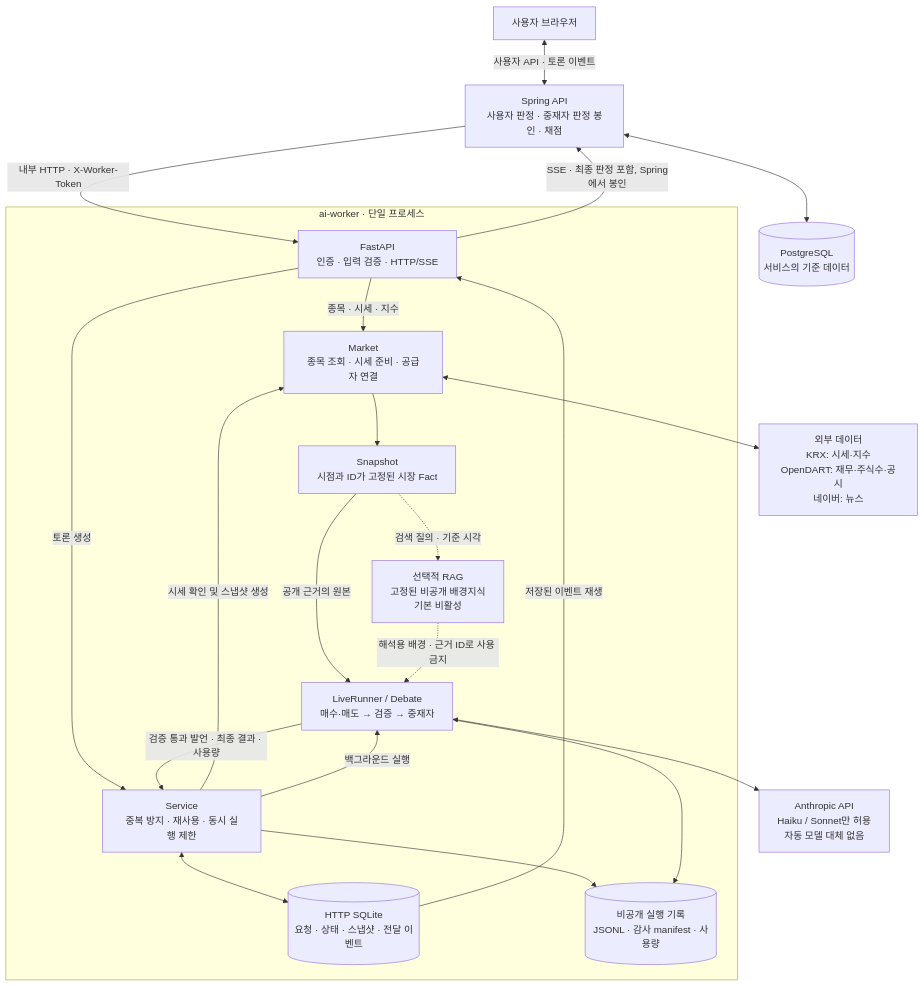
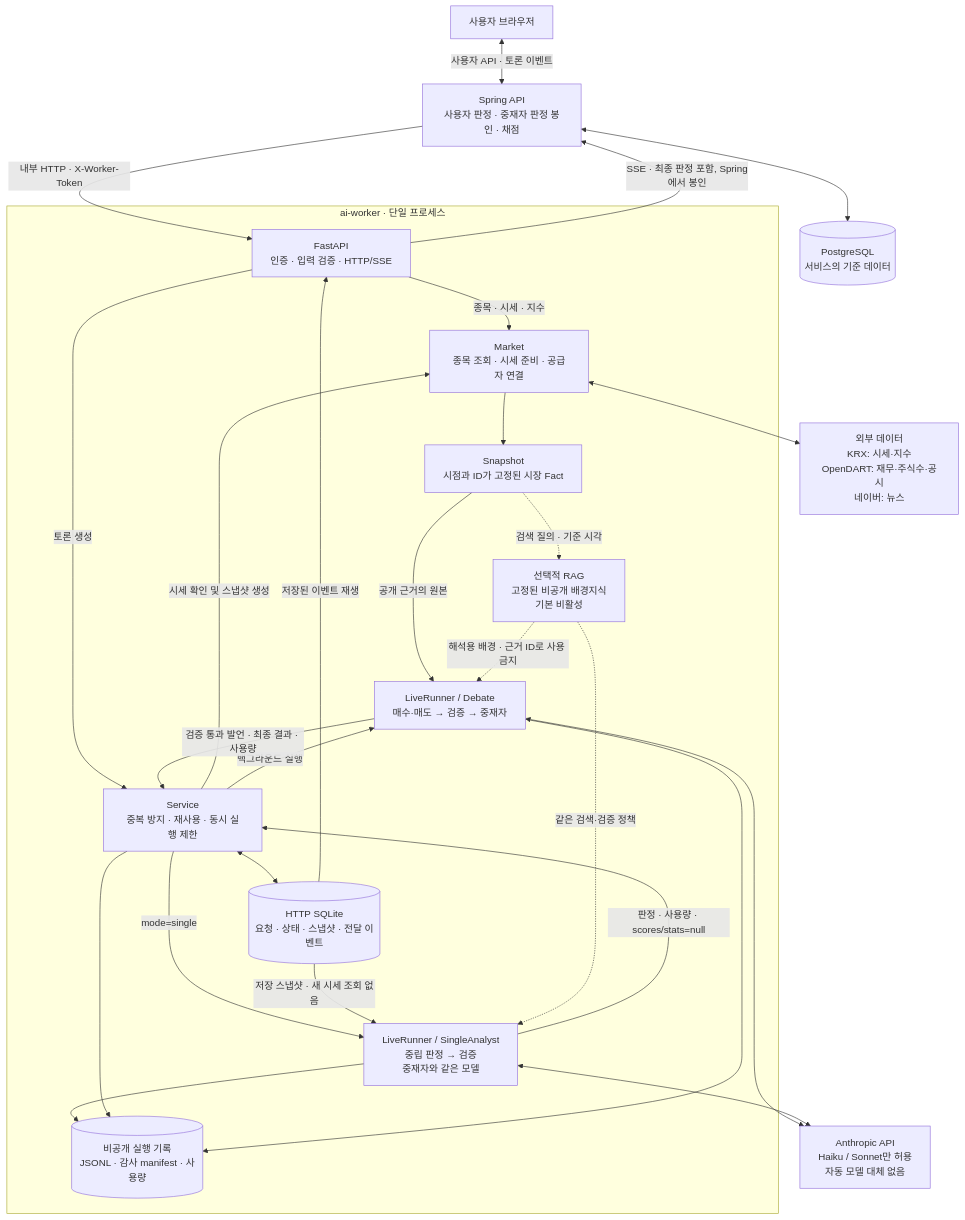
Before and after one commit to ricky00-dev/bull-and-bear: the first of 3 diagrams in ai-worker/README.md, drawn with Mermaid. The commit also changed other lines of this file and 14 other files, not shown here.

````diff
--- a/ai-worker/README.md
+++ b/ai-worker/README.md
@@ -132,35 +153,42 @@
 ```mermaid
 flowchart TB
     Browser["사용자 브라우저"] <-->|"사용자 API · 토론 이벤트"| Spring["Spring API<br/>사용자 판정 · 중재자 판정 봉인 · 채점"]
     Spring <--> PG[("PostgreSQL<br/>서비스의 기준 데이터")]
 
     subgraph Worker["ai-worker · 단일 프로세스"]
         HTTP["FastAPI<br/>인증 · 입력 검증 · HTTP/SSE"]
         Market["Market<br/>종목 조회 · 시세 준비 · 공급자 연결"]
         Service["Service<br/>중복 방지 · 재사용 · 동시 실행 제한"]
         Snapshot["Snapshot<br/>시점과 ID가 고정된 시장 Fact"]
         Engine["LiveRunner / Debate<br/>매수·매도 → 검증 → 중재자"]
+        Single["LiveRunner / SingleAnalyst<br/>중립 판정 → 검증<br/>중재자와 같은 모델"]
         RAG["선택적 RAG<br/>고정된 비공개 배경지식<br/>기본 비활성"]
         Store[("HTTP SQLite<br/>요청 · 상태 · 스냅샷 · 전달 이벤트")]
         Audit[("비공개 실행 기록<br/>JSONL · 감사 manifest · 사용량")]
 
         HTTP -->|"종목 · 시세 · 지수"| Market
         HTTP -->|"토론 생성"| Service
         Service -->|"시세 확인 및 스냅샷 생성"| Market
         Market --> Snapshot
         Service -->|"백그라운드 실행"| Engine
+        Service -->|"mode=single"| Single
+        Store -->|"저장 스냅샷 · 새 시세 조회 없음"| Single
+        Single -->|"판정 · 사용량 · scores/stats=null"| Service
+        Single --> Audit
         Snapshot -->|"공개 근거의 원본"| Engine
         Snapshot -.->|"검색 질의 · 기준 시각"| RAG
         RAG -.->|"해석용 배경 · 근거 ID로 사용 금지"| Engine
+        RAG -.->|"같은 검색·검증 정책"| Single
         Service <--> Store
         Engine -->|"검증 통과 발언 · 최종 결과 · 사용량"| Service
         Store -->|"저장된 이벤트 재생"| HTTP
         Service --> Audit
         Engine --> Audit
     end
 
     Spring -->|"내부 HTTP · X-Worker-Token"| HTTP
     HTTP -->|"SSE · 최종 판정 포함, Spring에서 봉인"| Spring
     Market <--> Sources["외부 데이터<br/>KRX: 시세·지수<br/>OpenDART: 재무·주식수·공시<br/>네이버: 뉴스"]
     Engine <--> Claude["Anthropic API<br/>Haiku / Sonnet만 허용<br/>자동 모델 대체 없음"]
+    Single <--> Claude
 ```
````
